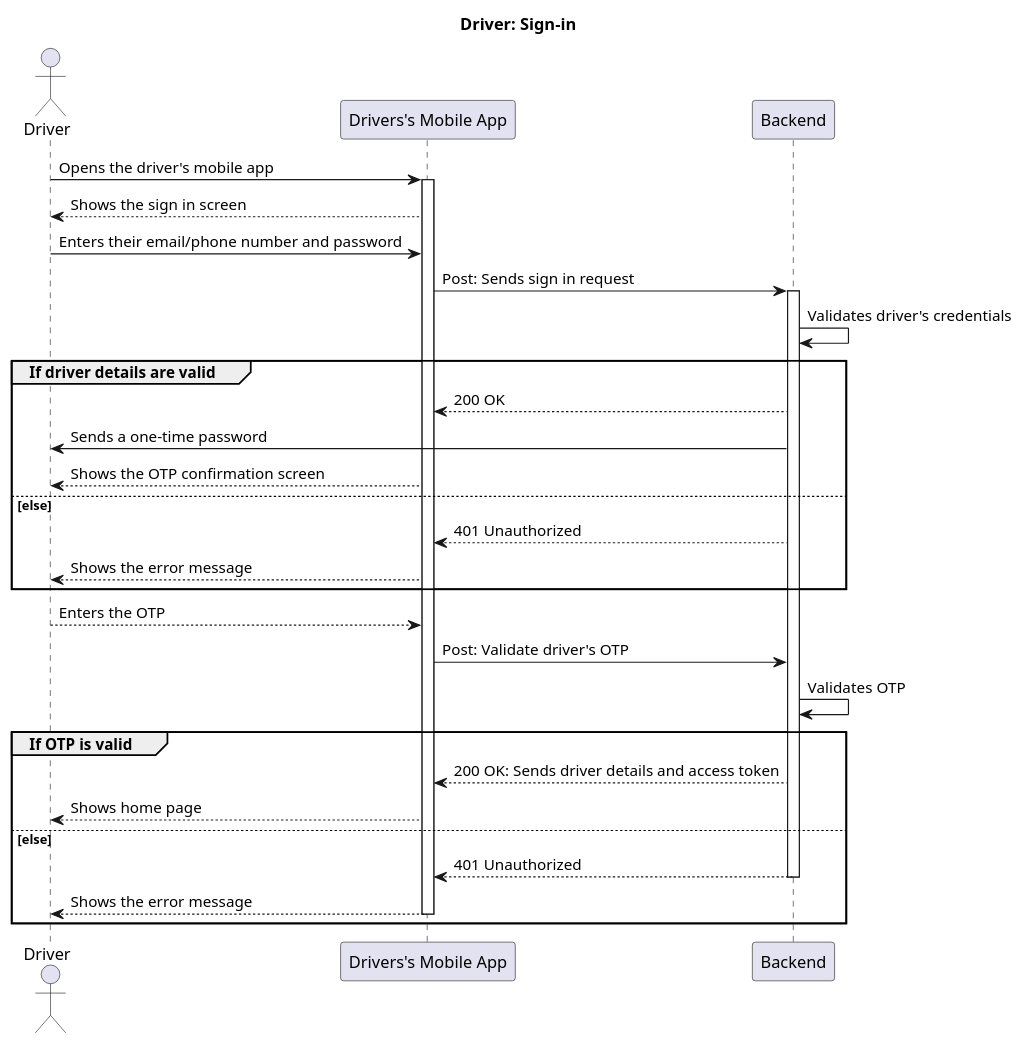
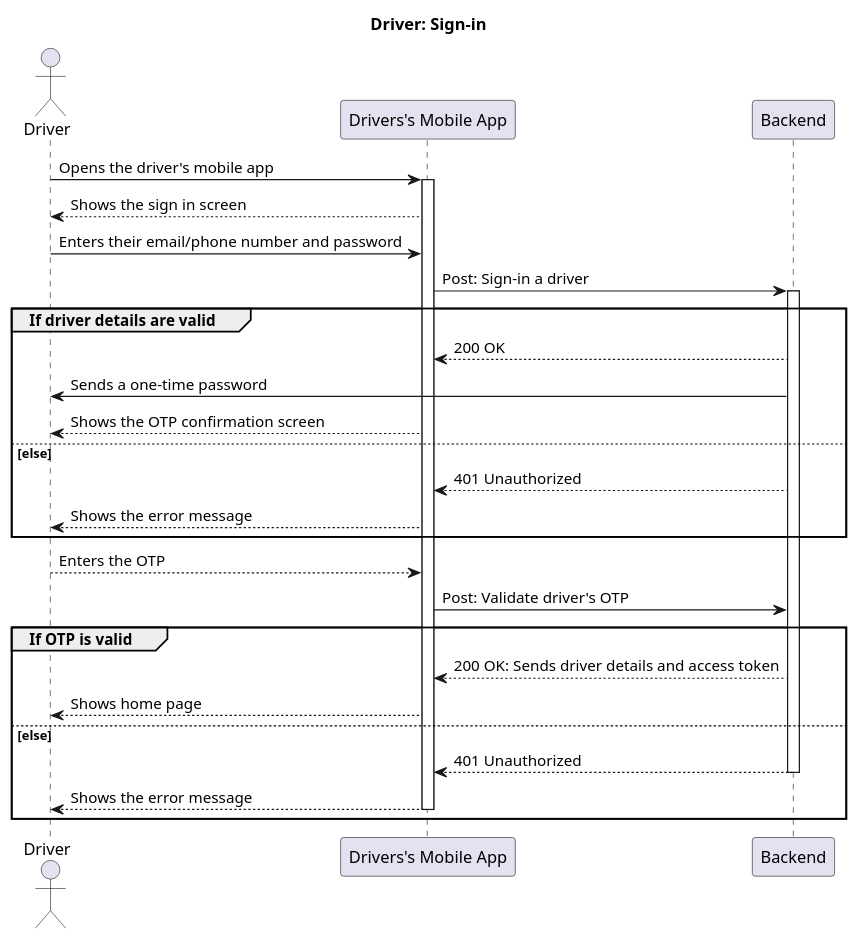
One commit to EasyDropEt/ed-domain changed the diagram in documentation/sequence-diagrams/driver/sign-in.puml. Above: the diagram before and after it, drawn with PlantUML. The commit also changed 20 other files, not shown here.

Commit message:
Work on class & sequence diagrams

```diff
--- a/documentation/sequence-diagrams/driver/sign-in.puml
+++ b/documentation/sequence-diagrams/driver/sign-in.puml
@@ -1,34 +1,32 @@
 @startuml
 
 title "Driver: Sign-in"
 
 actor Driver as D
 
 participant "Drivers's Mobile App" as App
 participant Backend
 
 D -> App ++: Opens the driver's mobile app
 D <-- App: Shows the sign in screen
 D -> App: Enters their email/phone number and password
-App -> Backend ++: Post: Sends sign in request
-Backend -> Backend: Validates driver's credentials
+App -> Backend ++: Post: Sign-in a driver
 group If driver details are valid
   App <-- Backend: 200 OK
   D <- Backend: Sends a one-time password
   D <-- App: Shows the OTP confirmation screen
 else else
   App <-- Backend: 401 Unauthorized
   D <-- App: Shows the error message
 end
 D --> App: Enters the OTP
 App -> Backend: Post: Validate driver's OTP
-Backend -> Backend: Validates OTP
 group If OTP is valid
   App <-- Backend: 200 OK: Sends driver details and access token
   D <-- App: Shows home page
 else else
   App <-- Backend --: 401 Unauthorized
   D <-- App --: Shows the error message
 end
 
 @enduml
```
